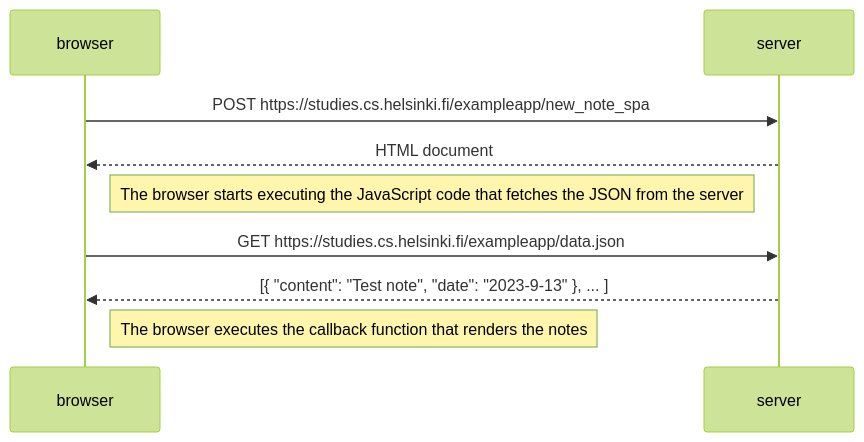
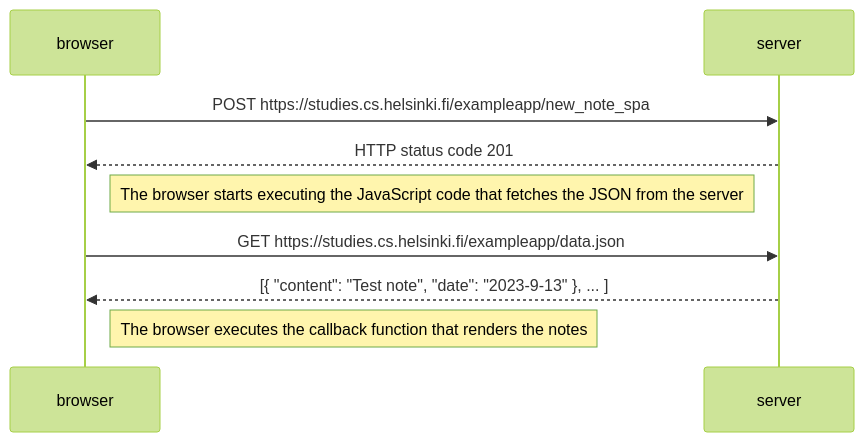
The diagram in part0/0.6_new_note_in_single_page_app_diagram.md (lasanthamudalige/full-stack-open-2023), drawn with Mermaid (forest theme) before and after one commit.

````diff
--- a/part0/0.6_new_note_in_single_page_app_diagram.md
+++ b/part0/0.6_new_note_in_single_page_app_diagram.md
@@ -1,13 +1,13 @@
 ```mermaid
  sequenceDiagram
     participant browser
     participant server
 
     browser->>server: POST https://studies.cs.helsinki.fi/exampleapp/new_note_spa
-    server-->>browser: HTML document
+    server-->>browser:  HTTP status code 201
 
     Note right of browser: The browser starts executing the JavaScript code that fetches the JSON from the server   
     browser->>server: GET https://studies.cs.helsinki.fi/exampleapp/data.json
     server-->>browser: [{ "content": "Test note", "date": "2023-9-13" }, ... ]
     Note right of browser: The browser executes the callback function that renders the notes
 ```
````
